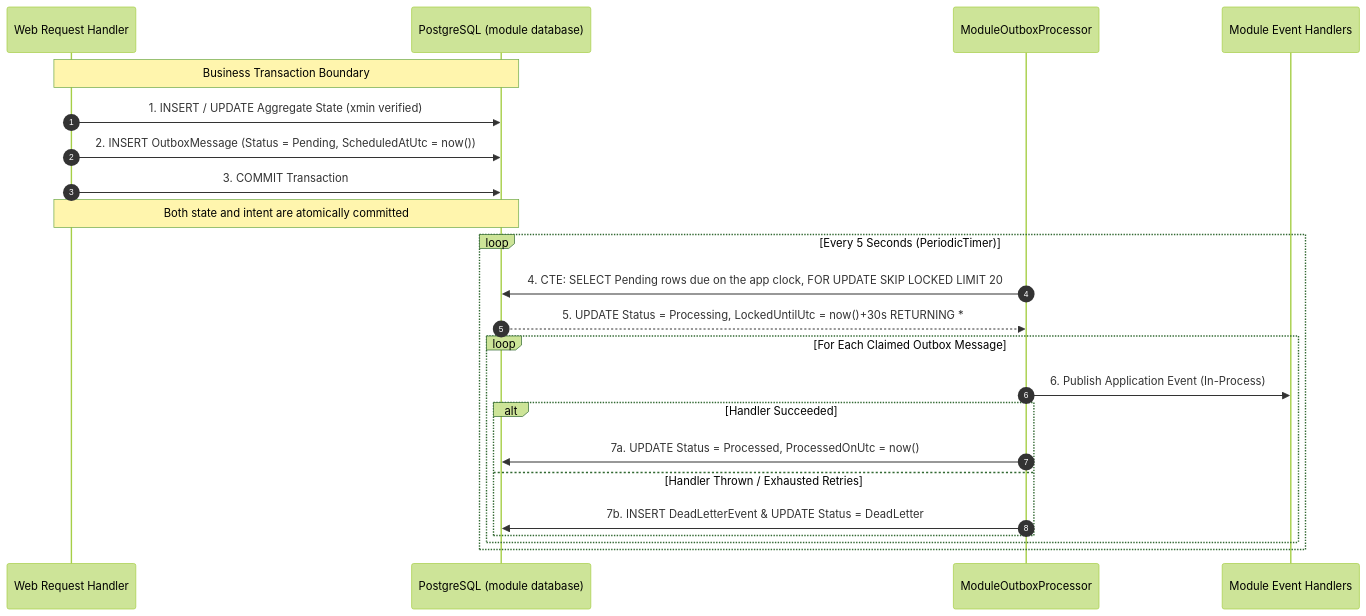
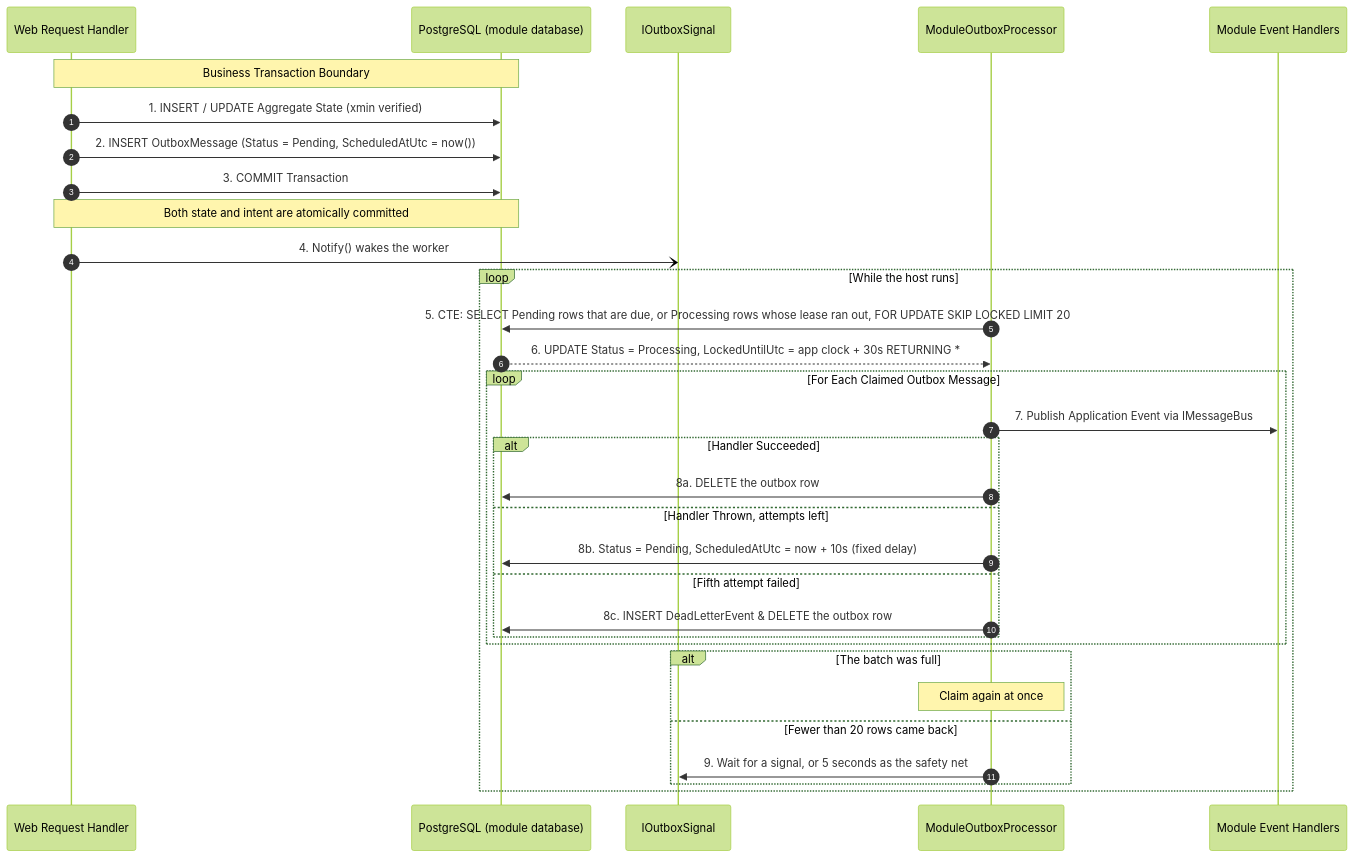
The fourth of 14 diagrams in docs/TRADE_OFFS_AND_LIMITATIONS.md (maysamgamini/crowdfundinghub), drawn with Mermaid (forest theme) before and after one commit. The commit also changed other lines of this file and 31 other files, not shown here.

````diff
--- a/docs/TRADE_OFFS_AND_LIMITATIONS.md
+++ b/docs/TRADE_OFFS_AND_LIMITATIONS.md
@@ -221,27 +221,36 @@
 ```mermaid
 sequenceDiagram
     autonumber
     participant App as Web Request Handler
     participant DB as PostgreSQL (module database)
+    participant Signal as IOutboxSignal
     participant Worker as ModuleOutboxProcessor
     participant Handlers as Module Event Handlers
 
     Note over App,DB: Business Transaction Boundary
     App->>DB: 1. INSERT / UPDATE Aggregate State (xmin verified)
     App->>DB: 2. INSERT OutboxMessage (Status = Pending, ScheduledAtUtc = now())
     App->>DB: 3. COMMIT Transaction
     Note over App,DB: Both state and intent are atomically committed
+    App-)Signal: 4. Notify() wakes the worker
 
-    loop Every 5 Seconds (PeriodicTimer)
-        Worker->>DB: 4. CTE: SELECT Pending rows due on the app clock, FOR UPDATE SKIP LOCKED LIMIT 20
-        DB-->>Worker: 5. UPDATE Status = Processing, LockedUntilUtc = now()+30s RETURNING *
+    loop While the host runs
+        Worker->>DB: 5. CTE: SELECT Pending rows that are due, or Processing rows whose lease ran out, FOR UPDATE SKIP LOCKED LIMIT 20
+        DB-->>Worker: 6. UPDATE Status = Processing, LockedUntilUtc = app clock + 30s RETURNING *
         loop For Each Claimed Outbox Message
-            Worker->>Handlers: 6. Publish Application Event (In-Process)
+            Worker->>Handlers: 7. Publish Application Event via IMessageBus
             alt Handler Succeeded
-                Worker->>DB: 7a. UPDATE Status = Processed, ProcessedOnUtc = now()
-            else Handler Thrown / Exhausted Retries
-                Worker->>DB: 7b. INSERT DeadLetterEvent & UPDATE Status = DeadLetter
+                Worker->>DB: 8a. DELETE the outbox row
+            else Handler Thrown, attempts left
+                Worker->>DB: 8b. Status = Pending, ScheduledAtUtc = now + 10s (fixed delay)
+            else Fifth attempt failed
+                Worker->>DB: 8c. INSERT DeadLetterEvent & DELETE the outbox row
             end
+        end
+        alt The batch was full
+            Note over Worker: Claim again at once
+        else Fewer than 20 rows came back
+            Worker->>Signal: 9. Wait for a signal, or 5 seconds as the safety net
         end
     end
 ```
````
